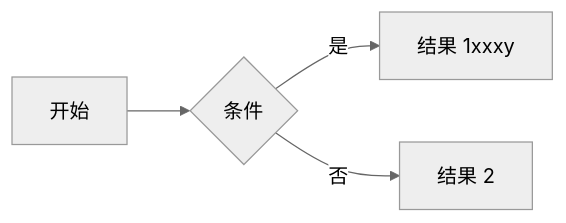
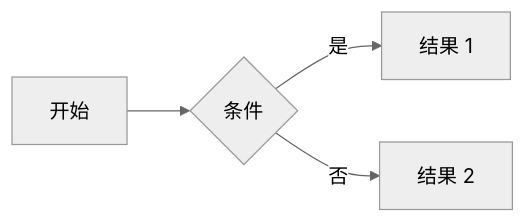
The third of 4 diagrams in docs/markdown-examples.md (le2-ltd/rvms-vitepress), drawn with Mermaid (neutral theme) before and after one commit. The commit also changed other lines of this file and 13 other files, not shown here.

````diff
--- a/docs/markdown-examples.md
+++ b/docs/markdown-examples.md
@@ -10,7 +78,7 @@
 ```mermaid
 graph LR
   A[开始] --> B{条件}
-  B -- 是 --> C[结果 1xxxy]
+  B -- 是 --> C[结果 1]
   B -- 否 --> D[结果 2]
 
 ```
````
